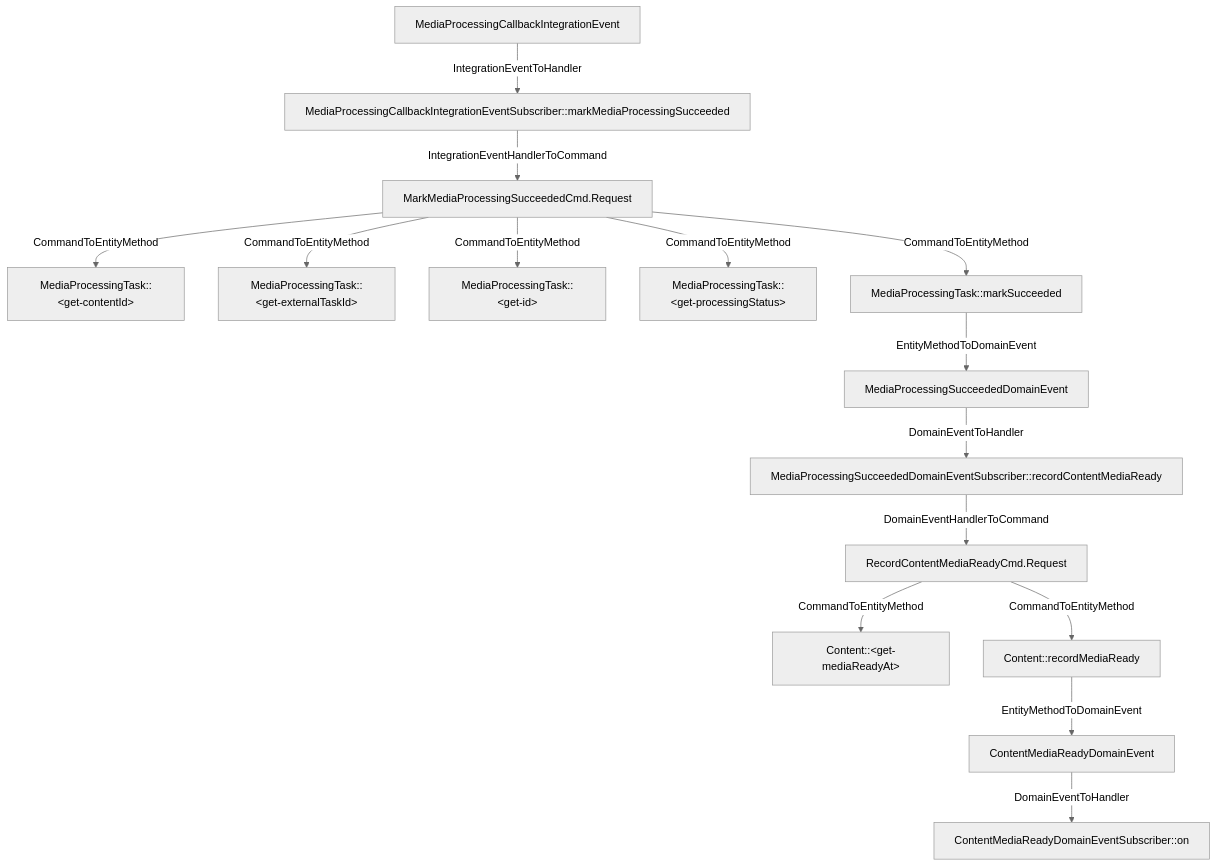
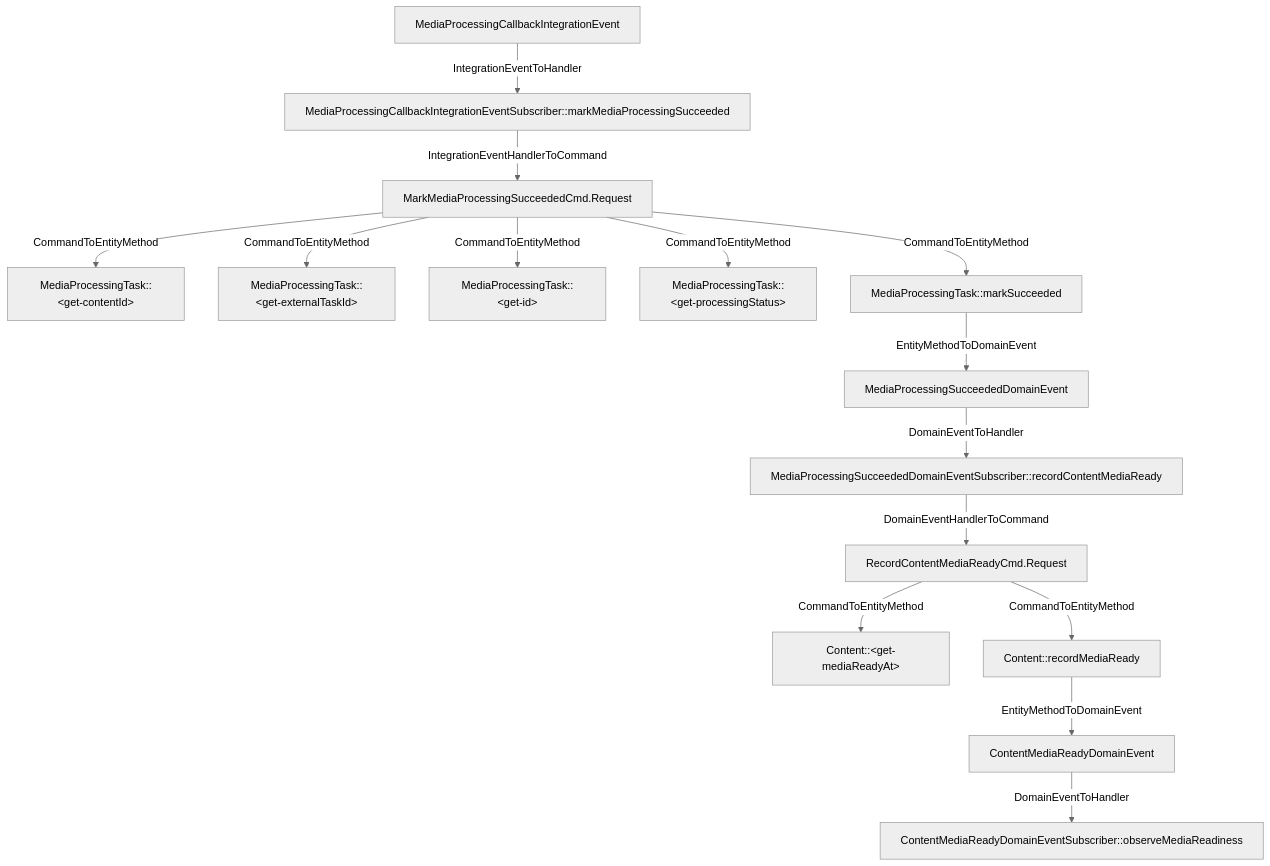
Before and after one commit to LDmoxeii/cap4k-reference-content-studio: the diagram in analysis/flows/com_only4_cap4k_reference_contentstudio_application_subscribers_integration_inbo.mmd, drawn with Mermaid (neutral theme). The commit also changed 12 other files, not shown here.

```diff
--- a/analysis/flows/com_only4_cap4k_reference_contentstudio_application_subscribers_integration_inbo.mmd
+++ b/analysis/flows/com_only4_cap4k_reference_contentstudio_application_subscribers_integration_inbo.mmd
@@ -1,30 +1,30 @@
 flowchart TD
   N1[RecordContentMediaReadyCmd.Request]
   N2[MarkMediaProcessingSucceededCmd.Request]
-  N3[ContentMediaReadyDomainEventSubscriber::on]
+  N3[ContentMediaReadyDomainEventSubscriber::observeMediaReadiness]
   N4[MediaProcessingSucceededDomainEventSubscriber::recordContentMediaReady]
   N5[MediaProcessingCallbackIntegrationEventSubscriber::markMediaProcessingSucceeded]
   N6[MediaProcessingCallbackIntegrationEvent]
   N7[Content::&lt;get-mediaReadyAt&gt;]
   N8[Content::recordMediaReady]
   N9[ContentMediaReadyDomainEvent]
   N10[MediaProcessingTask::&lt;get-contentId&gt;]
   N11[MediaProcessingTask::&lt;get-externalTaskId&gt;]
   N12[MediaProcessingTask::&lt;get-id&gt;]
   N13[MediaProcessingTask::&lt;get-processingStatus&gt;]
   N14[MediaProcessingTask::markSucceeded]
   N15[MediaProcessingSucceededDomainEvent]
   N1 -->|CommandToEntityMethod| N7
   N1 -->|CommandToEntityMethod| N8
   N2 -->|CommandToEntityMethod| N10
   N2 -->|CommandToEntityMethod| N11
   N2 -->|CommandToEntityMethod| N12
   N2 -->|CommandToEntityMethod| N13
   N2 -->|CommandToEntityMethod| N14
   N4 -->|DomainEventHandlerToCommand| N1
   N5 -->|IntegrationEventHandlerToCommand| N2
   N6 -->|IntegrationEventToHandler| N5
   N8 -->|EntityMethodToDomainEvent| N9
   N9 -->|DomainEventToHandler| N3
   N14 -->|EntityMethodToDomainEvent| N15
   N15 -->|DomainEventToHandler| N4
```
